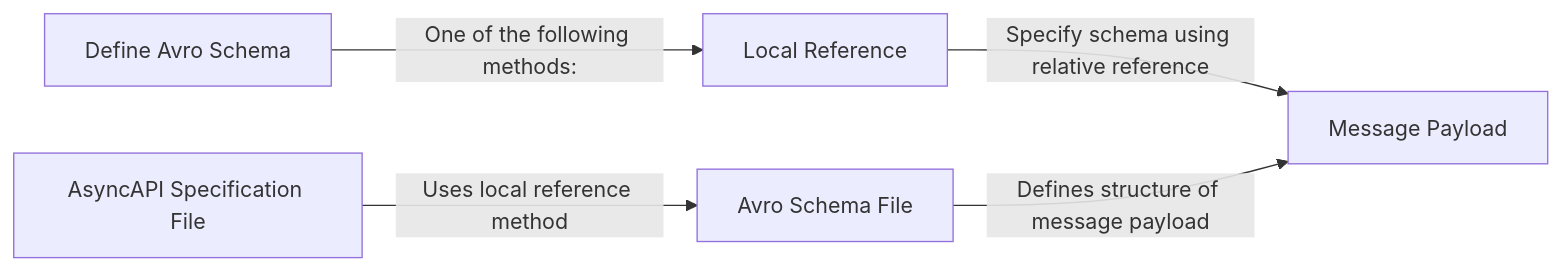
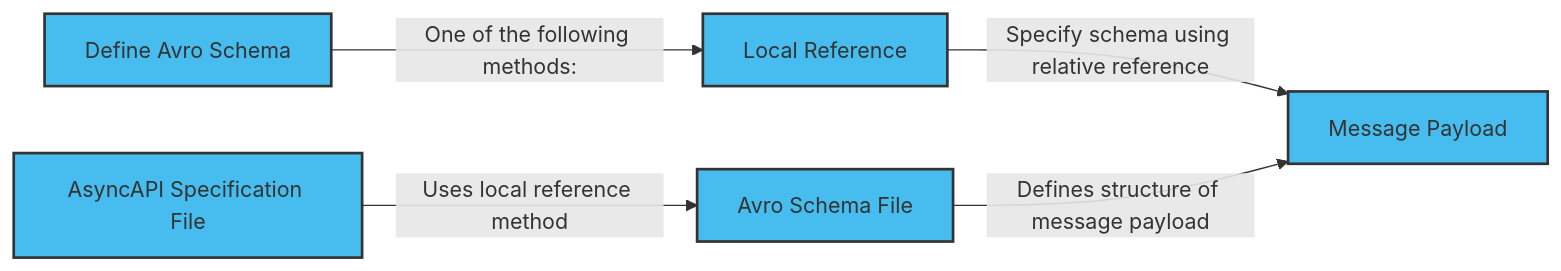
One commit to asyncapi/website changed the diagram in pages/docs/concepts/asyncapi-document/payload-schema.md. Above: the diagram before and after it, drawn with Mermaid. The commit also changed other lines of this file, not shown here.

Commit message:
fix mermaid diagram color

````diff
--- a/pages/docs/concepts/asyncapi-document/payload-schema.md
+++ b/pages/docs/concepts/asyncapi-document/payload-schema.md
@@ -24,13 +24,19 @@
 ```mermaid
 graph LR
+style A fill:#47BCEE, stroke:#333, stroke-width:2px;
+style C fill:#47BCEE, stroke:#333, stroke-width:2px;
+style D fill:#47BCEE, stroke:#333, stroke-width:2px;
+style B fill:#47BCEE, stroke:#333, stroke-width:2px;
+style E fill:#47BCEE, stroke:#333, stroke-width:2px;
+
 A[Define Avro Schema]
 B[Local Reference]
 C[Avro Schema File]
 D[Message Payload]
 E[AsyncAPI Specification File]
 
 A -->|One of the following methods:| B
 B -->|Specify schema using relative reference| D
 E -->|Uses local reference method| C
 C-->|Defines structure of message payload| D
 ```
````
